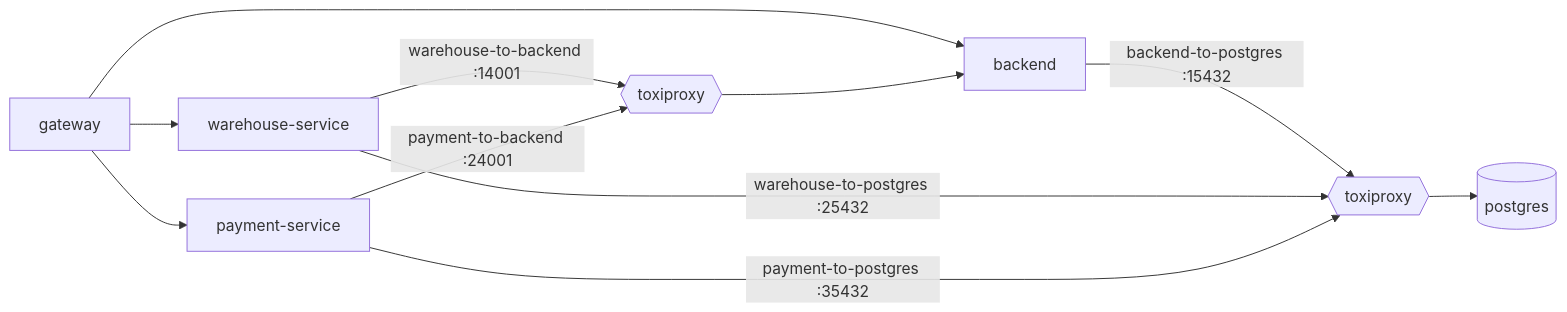
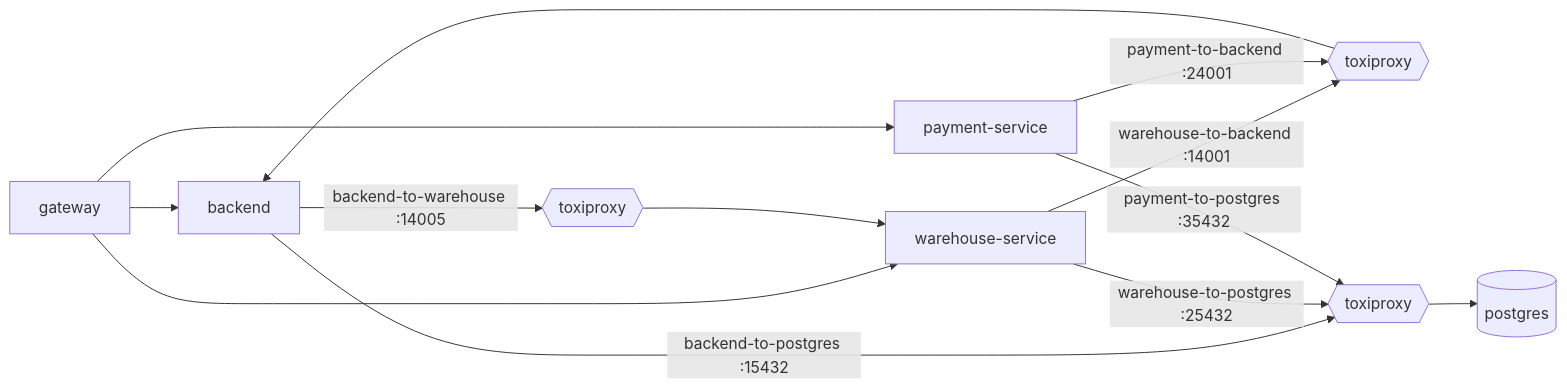
Before and after one commit to slawekradzyminski/awesome-localstack: the diagram in docs-site/docs/operations/fault-injection.md, drawn with Mermaid. The commit also changed other lines of this file and 5 other files, not shown here.

First line of the commit message:
Fault lab: backend-to-warehouse proxy with warehouse-down and warehouse-slow

````diff
--- a/docs-site/docs/operations/fault-injection.md
+++ b/docs-site/docs/operations/fault-injection.md
@@ -33,13 +33,15 @@
 ```mermaid
 flowchart LR
     G[gateway] --> B[backend]
     G --> W[warehouse-service]
     G --> P[payment-service]
     W -->|warehouse-to-backend :14001| T{{toxiproxy}}
     P -->|payment-to-backend :24001| T
     T --> B
     B -->|backend-to-postgres :15432| T2{{toxiproxy}}
     W -->|warehouse-to-postgres :25432| T2
     P -->|payment-to-postgres :35432| T2
     T2 --> DB[(postgres)]
+    B -->|backend-to-warehouse :14005| T3{{toxiproxy}}
+    T3 --> W
 ```
````
